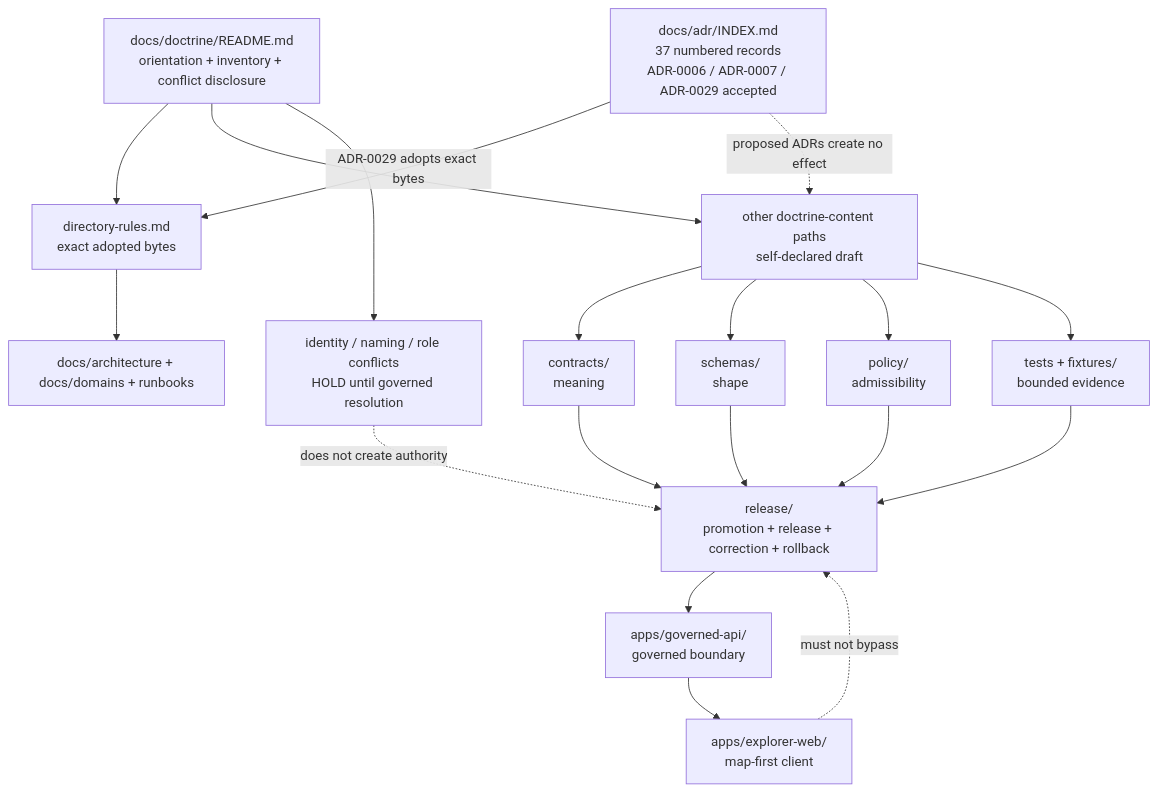
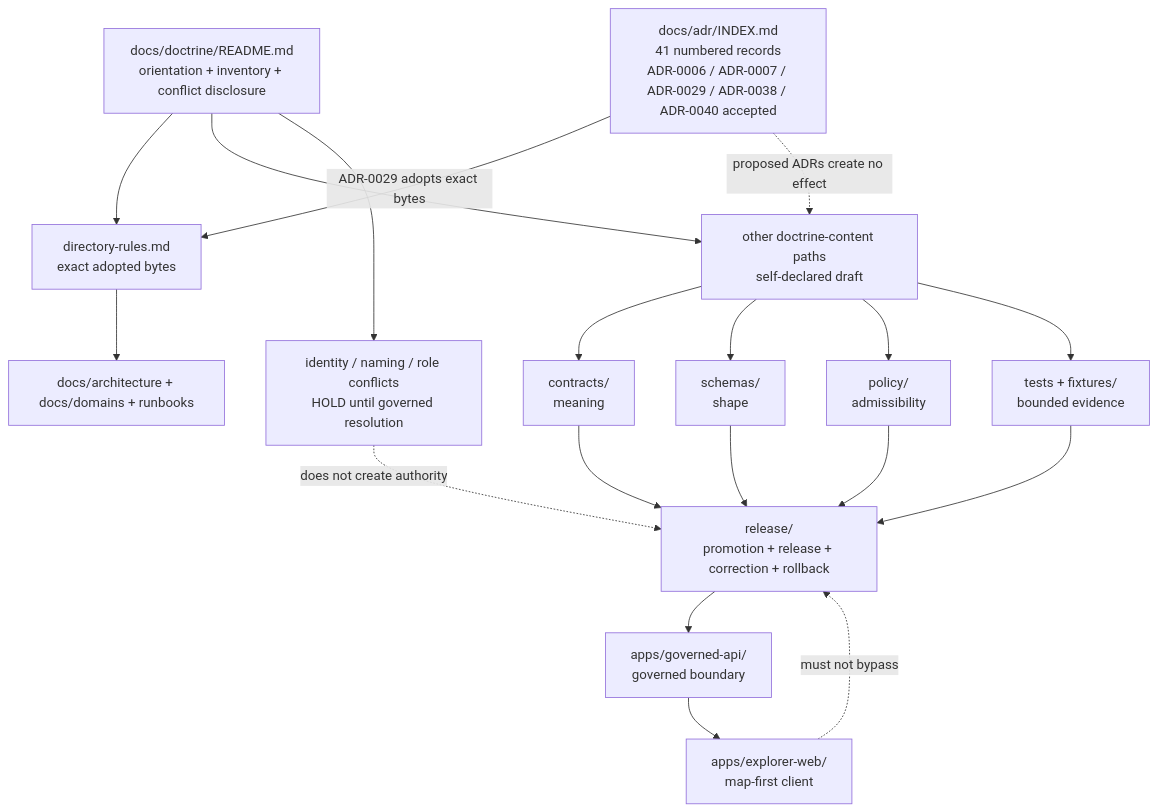
Before and after one commit to bartytime4life/Kansas-Frontier-Matrix: the diagram in docs/doctrine/README.md, drawn with Mermaid. The commit also changed other lines of this file and 19 other files, not shown here.

````diff
--- a/docs/doctrine/README.md
+++ b/docs/doctrine/README.md
@@ -465,32 +469,32 @@
 ```mermaid
 flowchart TD
     README["docs/doctrine/README.md<br/>orientation + inventory + conflict disclosure"]
 
-    ADR["docs/adr/INDEX.md<br/>37 numbered records<br/>ADR-0006 / ADR-0007 / ADR-0029 accepted"]
+    ADR["docs/adr/INDEX.md<br/>41 numbered records<br/>ADR-0006 / ADR-0007 / ADR-0029 / ADR-0038 / ADR-0040 accepted"]
     DIR["directory-rules.md<br/>exact adopted bytes"]
     DRAFT["other doctrine-content paths<br/>self-declared draft"]
     HOLD["identity / naming / role conflicts<br/>HOLD until governed resolution"]
 
     README --> DIR
     README --> DRAFT
     README --> HOLD
     ADR -->|"ADR-0029 adopts exact bytes"| DIR
     ADR -.->|"proposed ADRs create no effect"| DRAFT
 
     DIR --> DOCS["docs/architecture + docs/domains + runbooks"]
     DRAFT --> CONTRACTS["contracts/<br/>meaning"]
     DRAFT --> SCHEMAS["schemas/<br/>shape"]
     DRAFT --> POLICY["policy/<br/>admissibility"]
     DRAFT --> TESTS["tests + fixtures/<br/>bounded evidence"]
 
     CONTRACTS --> RELEASE["release/<br/>promotion + release + correction + rollback"]
     SCHEMAS --> RELEASE
     POLICY --> RELEASE
     TESTS --> RELEASE
 
     RELEASE --> API["apps/governed-api/<br/>governed boundary"]
     API --> UI["apps/explorer-web/<br/>map-first client"]
 
     UI -. "must not bypass" .-> RELEASE
     HOLD -. "does not create authority" .-> RELEASE
 ```
````
